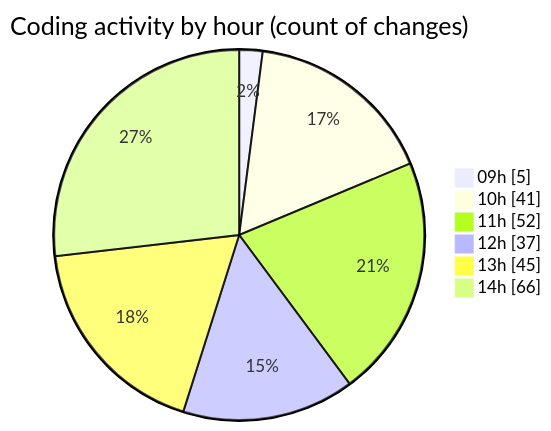
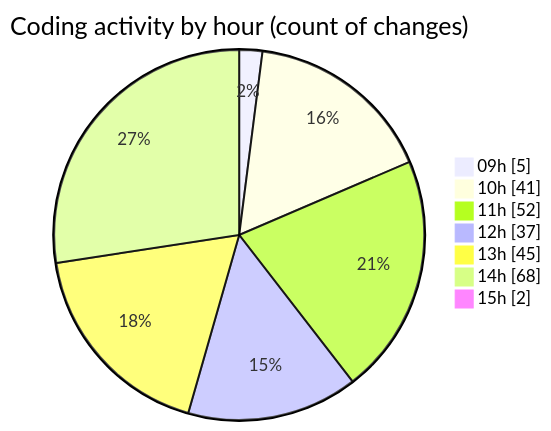
The second of 2 diagrams in 2026-04-27/cda/README.md (momahboobian/code-tracking), drawn with Mermaid before and after one commit. The commit also changed other lines of this file and 1 other file, not shown here.

````diff
--- a/2026-04-27/cda/README.md
+++ b/2026-04-27/cda/README.md
@@ -58,10 +58,11 @@
 ```mermaid
 pie showData
 title Coding activity by hour (count of changes)
 "09h" : 5
 "10h" : 41
 "11h" : 52
 "12h" : 37
 "13h" : 45
-"14h" : 66
+"14h" : 68
+"15h" : 2
 ```
````
